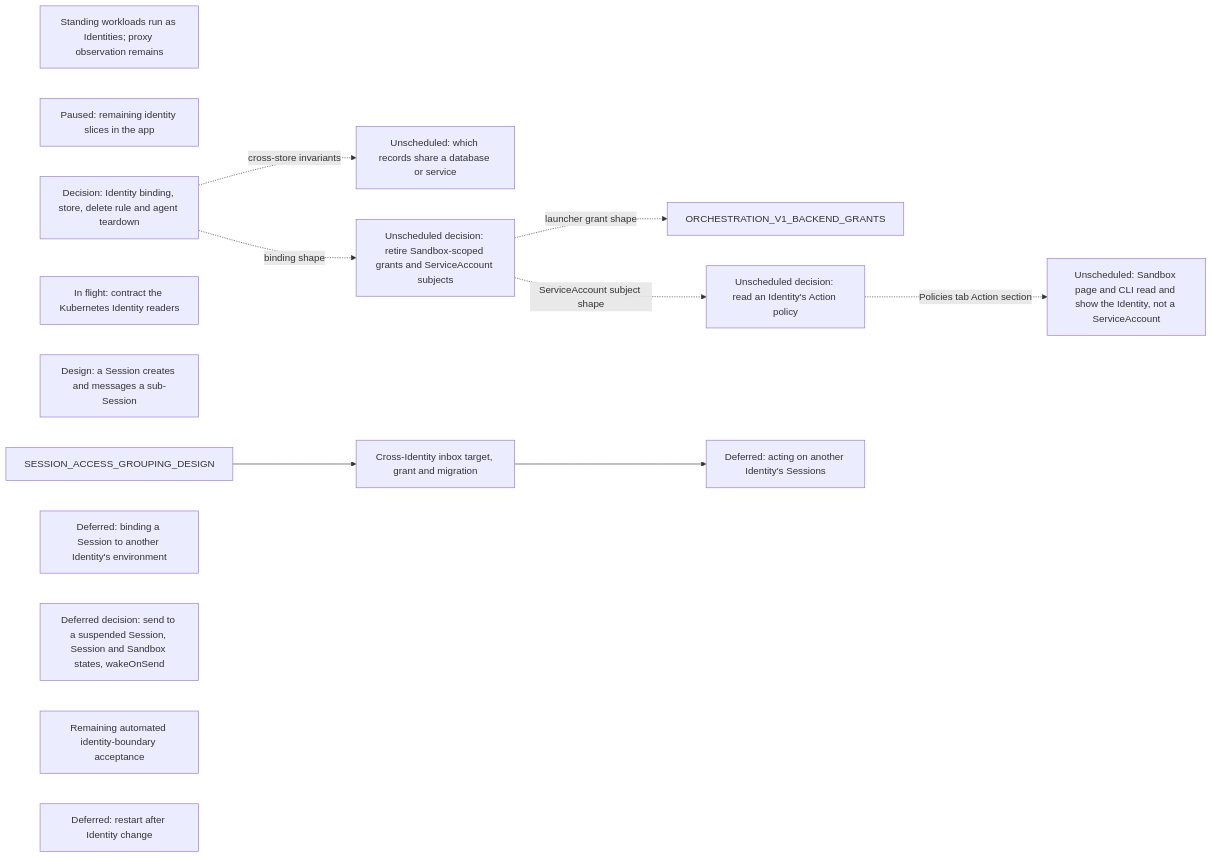
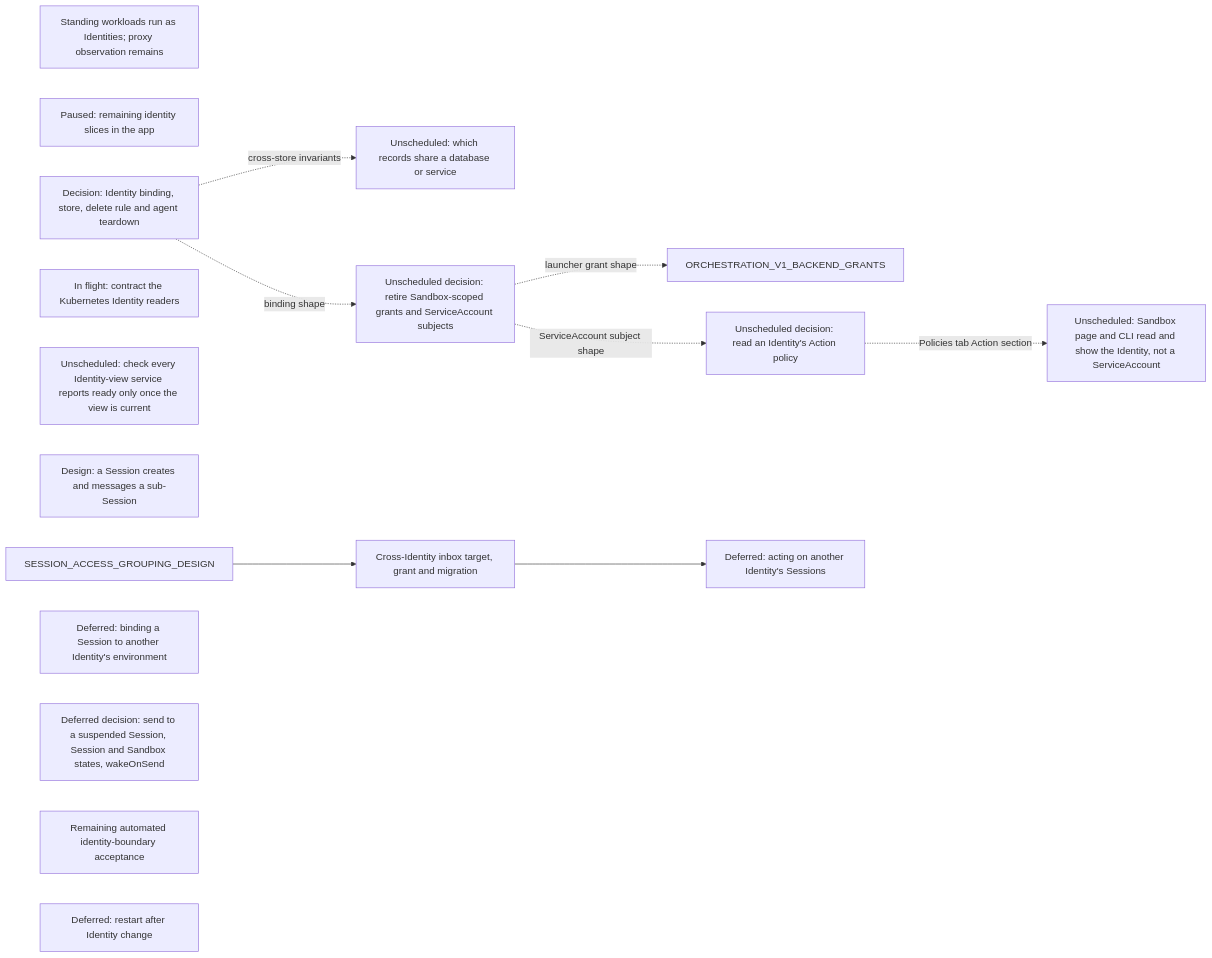
Before and after one commit to agentydragon/ducktape: diagram 16 of 18 in agentplane/plans/task_dag.md, drawn with Mermaid. The commit also changed other lines of this file, not shown here.

First line of the commit message:
agentplane plans: check the other Identity-view services' readiness (#20598)

````diff
--- a/agentplane/plans/task_dag.md
+++ b/agentplane/plans/task_dag.md
@@ -3577,23 +3577,24 @@
 ```mermaid
 flowchart LR
     STANDING_WORKLOAD_IDENTITY[Standing workloads run as Identities; proxy observation remains]
     APP_IDENTITIES_UI[Paused: remaining identity slices in the app]
     IDENTITY_OWNERSHIP_DESIGN[Decision: Identity binding, store, delete rule and agent teardown]
     IDENTITY_READERS_BEHIND_POLICY_SERVICE[In flight: contract the Kubernetes Identity readers]
     RECORD_COLOCATION_DESIGN[Unscheduled: which records share a database or service]
     POLICY_SUBJECTS_IDENTITY_ONLY[Unscheduled decision: retire Sandbox-scoped grants and ServiceAccount subjects]
     IDENTITY_OWNERSHIP_DESIGN -. binding shape .-> POLICY_SUBJECTS_IDENTITY_ONLY
     POLICY_SUBJECTS_IDENTITY_ONLY -. launcher grant shape .-> ORCHESTRATION_V1_BACKEND_GRANTS
     SANDBOX_IDENTITY_SURFACES[Unscheduled: Sandbox page and CLI read and show the Identity, not a ServiceAccount]
     ACTION_POLICY_IDENTITY_SUBJECT[Unscheduled decision: read an Identity's Action policy]
     POLICY_SUBJECTS_IDENTITY_ONLY -. ServiceAccount subject shape .-> ACTION_POLICY_IDENTITY_SUBJECT
     ACTION_POLICY_IDENTITY_SUBJECT -. Policies tab Action section .-> SANDBOX_IDENTITY_SURFACES
+    IDENTITY_VIEW_READINESS[Unscheduled: check every Identity-view service reports ready only once the view is current]
     IDENTITY_OWNERSHIP_DESIGN -. cross-store invariants .-> RECORD_COLOCATION_DESIGN
     SESSION_SUBAGENT_DELEGATION[Design: a Session creates and messages a sub-Session]
     SESSION_ACCESS_GROUPING_DESIGN --> SESSION_IDENTITY_AUTHZ[Cross-Identity inbox target, grant and migration]
     SESSION_IDENTITY_AUTHZ --> SESSION_CROSS_IDENTITY_AUTHORITY[Deferred: acting on another Identity's Sessions]
     CROSS_IDENTITY_SESSION_BINDING[Deferred: binding a Session to another Identity's environment]
     WAKE_ON_DELIVERY_DESIGN[Deferred decision: send to a suspended Session, Session and Sandbox states, wakeOnSend]
     IDENTITY_SYSTEM_TESTS[Remaining automated identity-boundary acceptance]
     SANDBOX_IDENTITY_CHANGE_CHECKPOINT[Deferred: restart after Identity change]
 ```
````
